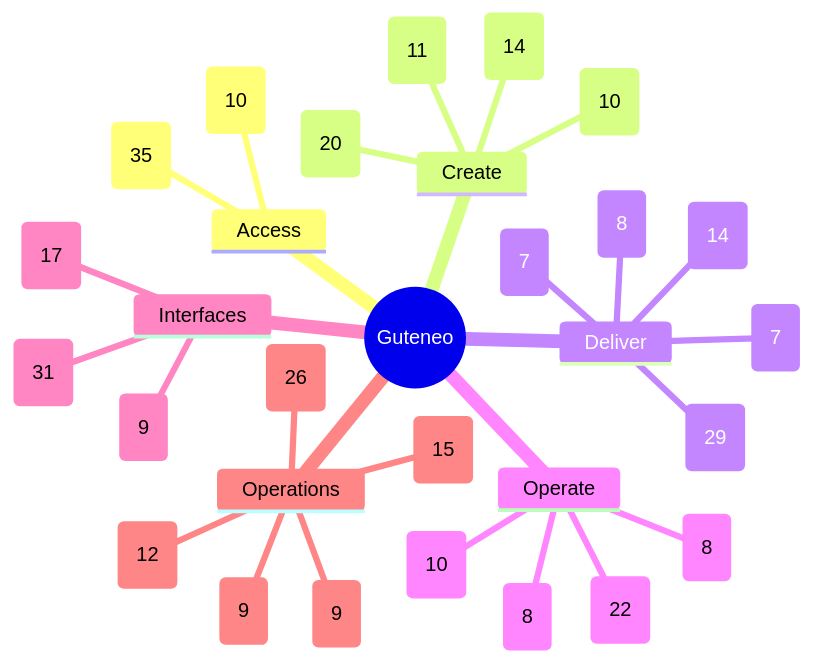
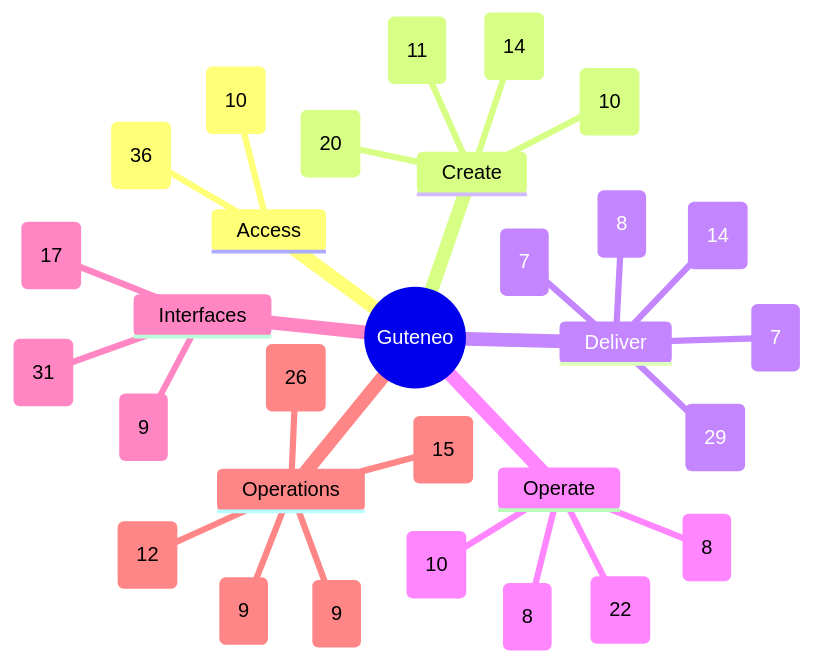
One commit to nclsppr/guteneo changed the diagram in docs/FEATURE_MAP.md. Above: the diagram before and after it, drawn with Mermaid. The commit also changed other lines of this file and 26 other files, not shown here.

````diff
--- a/docs/FEATURE_MAP.md
+++ b/docs/FEATURE_MAP.md
@@ -13,33 +13,33 @@
 ```mermaid
 mindmap
   root((Guteneo))
     Access
-      Access and identity (35)
+      Access and identity (36)
       Team and responsibilities (10)
     Create
       Documents and protection (20)
       Template studio (14)
       Data and mappings (10)
       PDF generation and distribution (11)
     Deliver
       Fax (7)
       Postal mail (8)
       Email and protected links (14)
       Sensitive distribution and personal documents (29)
       Dispatch dry run (7)
     Operate
       Campaigns and tracking (8)
       Credits and billing (8)
       Workspace layout and browser appearance (22)
       PDF verification (10)
     Interfaces
       Assistants and API (31)
       iPhone and iPad (9)
       Public pages, languages and appearance (17)
     Operations
       Reviewer OAuth qualification (9)
       Operations and reliability (26)
       Belvédère platform oversight (9)
       Public service status (15)
       Engineering documentation (12)
 ```
````
